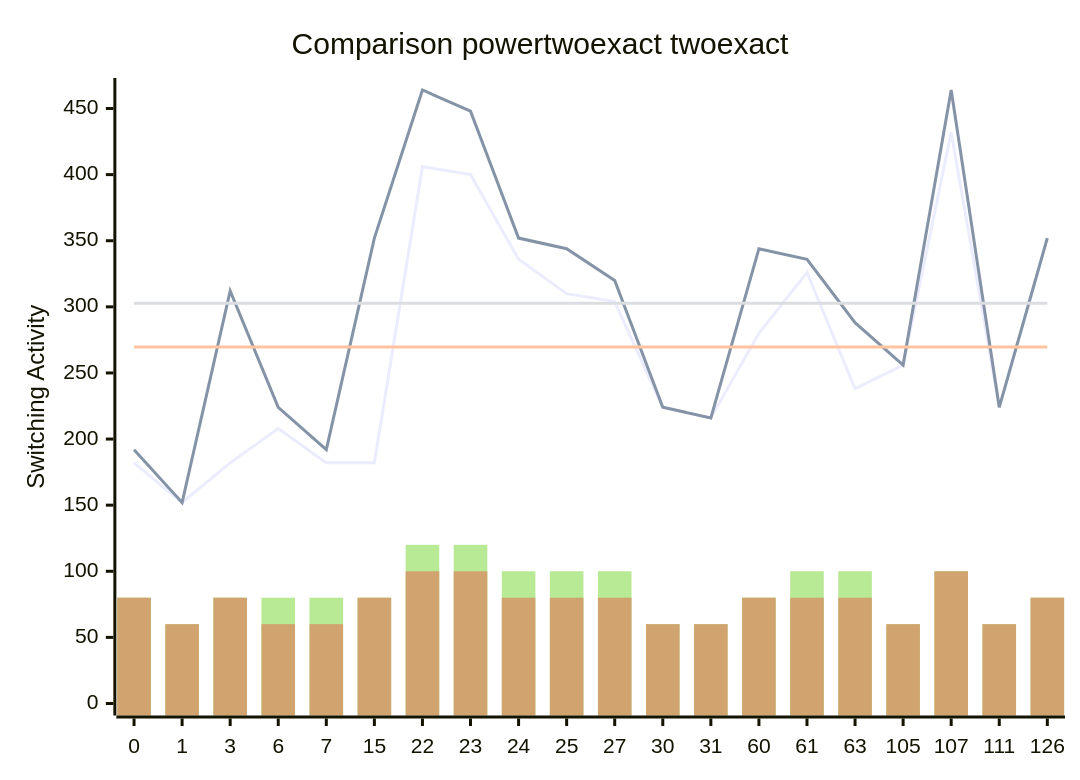
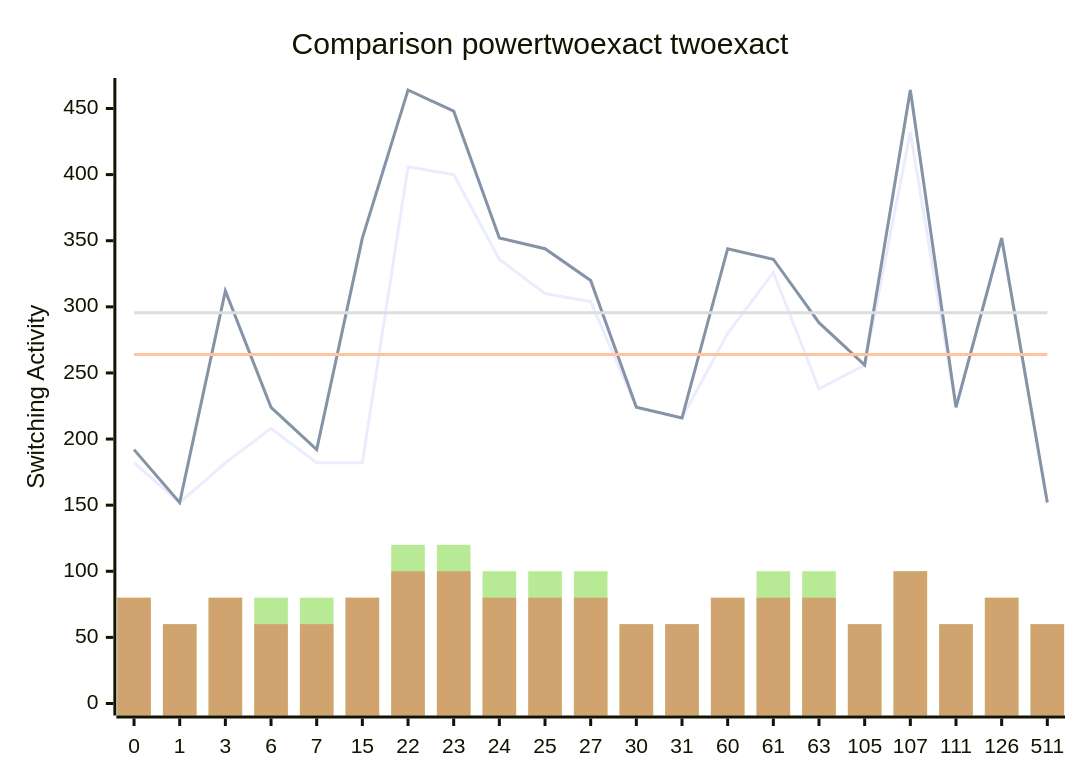
One commit to FeldmeierMichael/Exact-Power-Synthesis changed the diagram in benchmark_opt.md. Above: the diagram before and after it, drawn with Mermaid. The commit also changed other lines of this file, not shown here.

````diff
--- a/benchmark_opt.md
+++ b/benchmark_opt.md
@@ -45,12 +47,12 @@
 ```mermaid
 xychart-beta
     title "Comparison powertwoexact twoexact"
-    x-axis [0, 1, 3, 6, 7, 15, 22, 23, 24, 25, 27, 30, 31, 60, 61, 63, 105, 107, 111, 126]
+    x-axis [0, 1, 3, 6, 7, 15, 22, 23, 24, 25, 27, 30, 31, 60, 61, 63, 105, 107, 111, 126, 511]
     y-axis "Switching Activity" 0-->464
-    line [182, 152, 182, 208, 182, 182, 406, 400, 336, 310, 304, 224, 216, 280, 326, 238, 256, 432, 224, 352]
-    line [192, 152, 312, 224, 192, 352, 464, 448, 352, 344, 320, 224, 216, 344, 336, 288, 256, 464, 224, 352]
-    line [269.6, 269.6, 269.6, 269.6, 269.6, 269.6, 269.6, 269.6, 269.6, 269.6, 269.6, 269.6, 269.6, 269.6, 269.6, 269.6, 269.6, 269.6, 269.6, 269.6]
-    line [302.8, 302.8, 302.8, 302.8, 302.8, 302.8, 302.8, 302.8, 302.8, 302.8, 302.8, 302.8, 302.8, 302.8, 302.8, 302.8, 302.8, 302.8, 302.8, 302.8]
-    bar [80, 60, 80, 80, 80, 80, 120, 120, 100, 100, 100, 60, 60, 80, 100, 100, 60, 100, 60, 80]
-    bar [80, 60, 80, 60, 60, 80, 100, 100, 80, 80, 80, 60, 60, 80, 80, 80, 60, 100, 60, 80]
+    line [182, 152, 182, 208, 182, 182, 406, 400, 336, 310, 304, 224, 216, 280, 326, 238, 256, 432, 224, 352, 152]
+    line [192, 152, 312, 224, 192, 352, 464, 448, 352, 344, 320, 224, 216, 344, 336, 288, 256, 464, 224, 352, 152]
+    line [264.0, 264.0, 264.0, 264.0, 264.0, 264.0, 264.0, 264.0, 264.0, 264.0, 264.0, 264.0, 264.0, 264.0, 264.0, 264.0, 264.0, 264.0, 264.0, 264.0, 264.0]
+    line [295.6190476190476, 295.6190476190476, 295.6190476190476, 295.6190476190476, 295.6190476190476, 295.6190476190476, 295.6190476190476, 295.6190476190476, 295.6190476190476, 295.6190476190476, 295.6190476190476, 295.6190476190476, 295.6190476190476, 295.6190476190476, 295.6190476190476, 295.6190476190476, 295.6190476190476, 295.6190476190476, 295.6190476190476, 295.6190476190476, 295.6190476190476]
+    bar [80, 60, 80, 80, 80, 80, 120, 120, 100, 100, 100, 60, 60, 80, 100, 100, 60, 100, 60, 80, 60]
+    bar [80, 60, 80, 60, 60, 80, 100, 100, 80, 80, 80, 60, 60, 80, 80, 80, 60, 100, 60, 80, 60]
 ```
````
